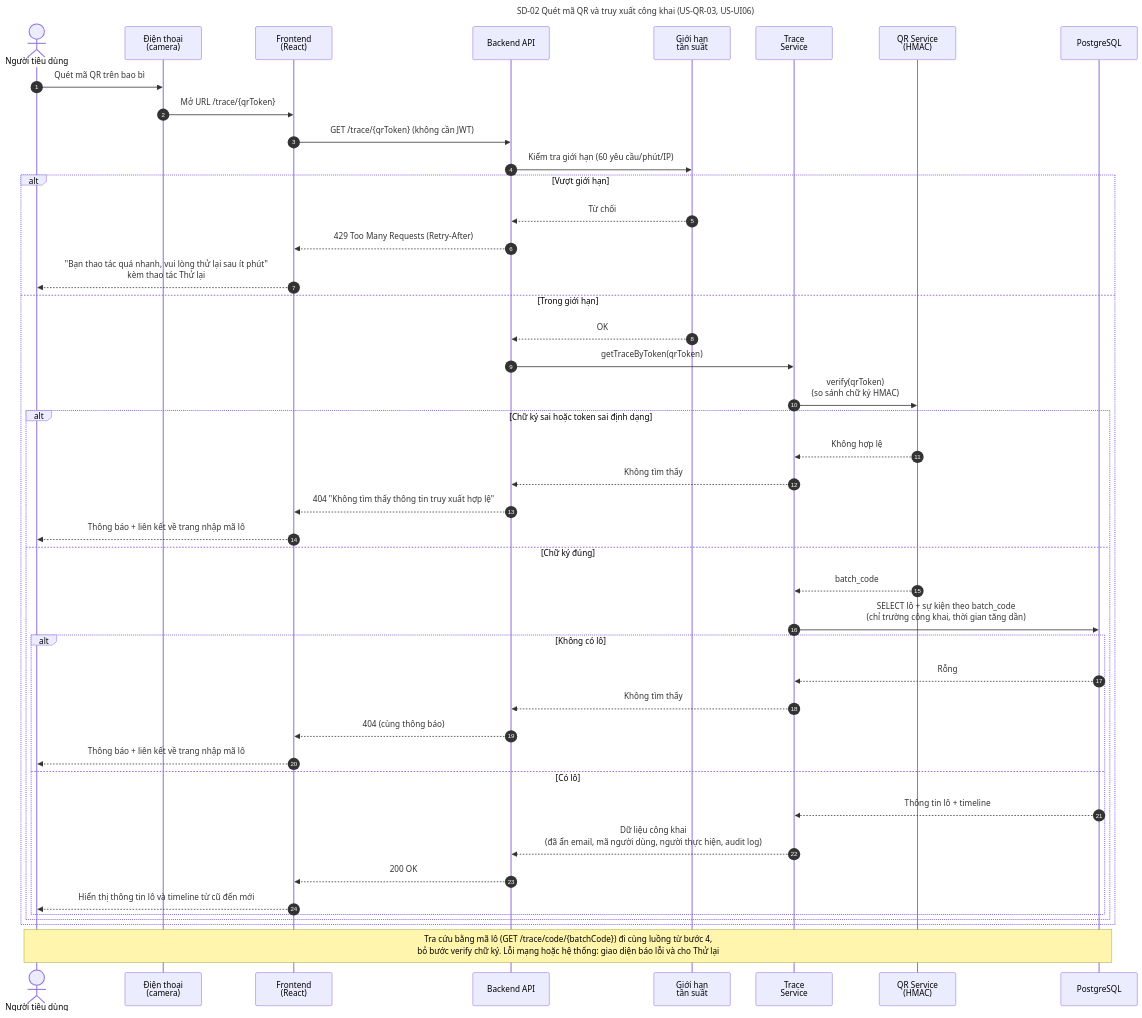
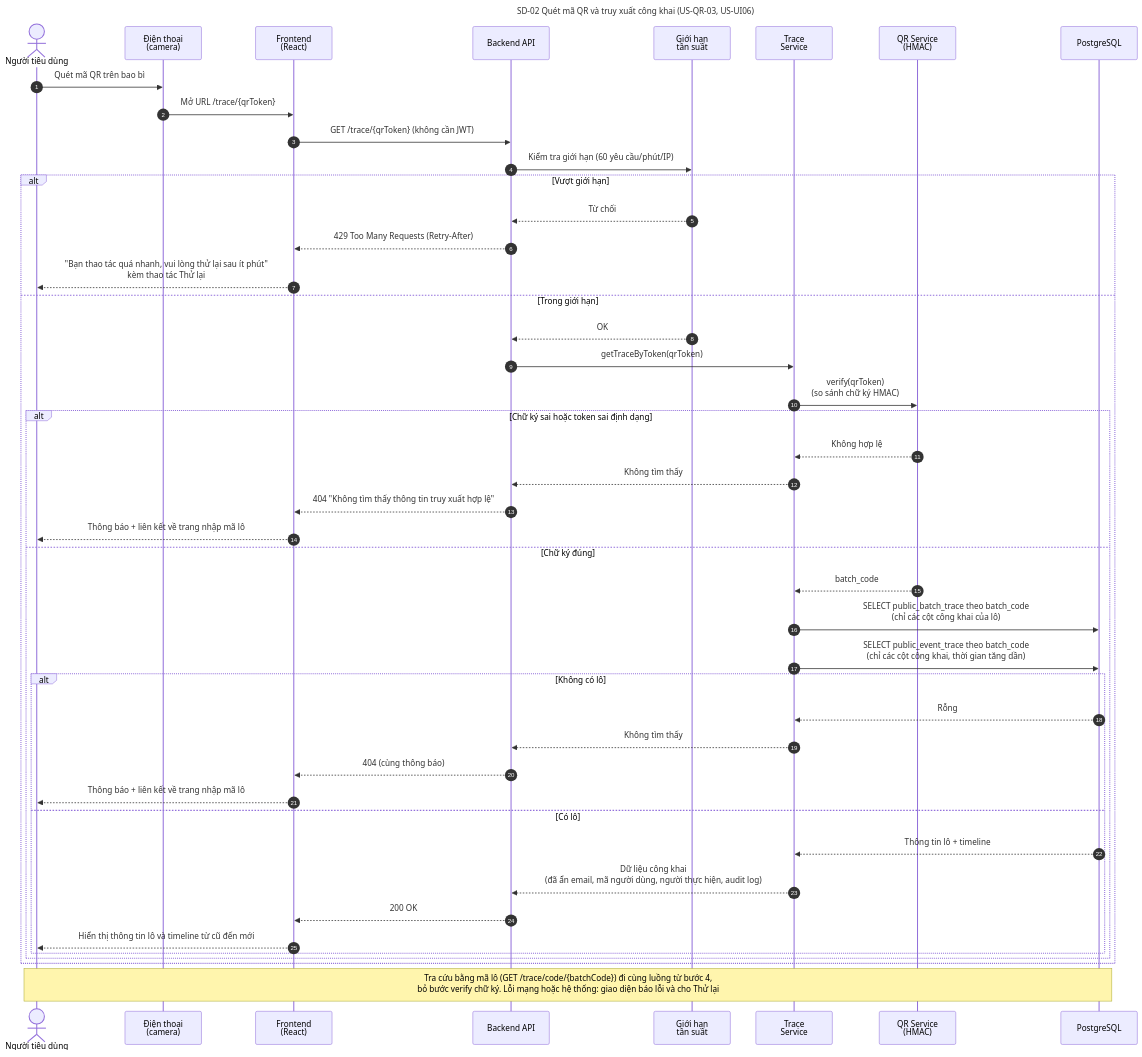
One commit to hbao06/food-supply-chain-traceability-portal changed the diagram in docs/UML/sequence/SD-02-quet-qr.mmd. Above: the diagram before and after it, drawn with Mermaid. The commit also changed 5 other files, not shown here.

Commit message:
docs(test): address W3-TV4 sequence and test plan review

```diff
--- a/docs/UML/sequence/SD-02-quet-qr.mmd
+++ b/docs/UML/sequence/SD-02-quet-qr.mmd
@@ -1,48 +1,49 @@
 ---
 title: SD-02 Quét mã QR và truy xuất công khai (US-QR-03, US-UI06)
 ---
 sequenceDiagram
     autonumber
     actor C as Người tiêu dùng
     participant PH as Điện thoại<br/>(camera)
     participant FE as Frontend<br/>(React)
     participant API as Backend API
     participant RL as Giới hạn<br/>tần suất
     participant TS as Trace<br/>Service
     participant QR as QR Service<br/>(HMAC)
     participant DB as PostgreSQL
 
     C->>PH: Quét mã QR trên bao bì
     PH->>FE: Mở URL /trace/{qrToken}
     FE->>API: GET /trace/{qrToken} (không cần JWT)
     API->>RL: Kiểm tra giới hạn (60 yêu cầu/phút/IP)
     alt Vượt giới hạn
         RL-->>API: Từ chối
         API-->>FE: 429 Too Many Requests (Retry-After)
         FE-->>C: "Bạn thao tác quá nhanh, vui lòng thử lại sau ít phút"<br/>kèm thao tác Thử lại
     else Trong giới hạn
         RL-->>API: OK
         API->>TS: getTraceByToken(qrToken)
         TS->>QR: verify(qrToken)<br/>(so sánh chữ ký HMAC)
         alt Chữ ký sai hoặc token sai định dạng
             QR-->>TS: Không hợp lệ
             TS-->>API: Không tìm thấy
             API-->>FE: 404 "Không tìm thấy thông tin truy xuất hợp lệ"
             FE-->>C: Thông báo + liên kết về trang nhập mã lô
         else Chữ ký đúng
             QR-->>TS: batch_code
-            TS->>DB: SELECT lô + sự kiện theo batch_code<br/>(chỉ trường công khai, thời gian tăng dần)
+            TS->>DB: SELECT public_batch_trace theo batch_code<br/>(chỉ các cột công khai của lô)
+            TS->>DB: SELECT public_event_trace theo batch_code<br/>(chỉ các cột công khai, thời gian tăng dần)
             alt Không có lô
                 DB-->>TS: Rỗng
                 TS-->>API: Không tìm thấy
                 API-->>FE: 404 (cùng thông báo)
                 FE-->>C: Thông báo + liên kết về trang nhập mã lô
             else Có lô
                 DB-->>TS: Thông tin lô + timeline
                 TS-->>API: Dữ liệu công khai<br/>(đã ẩn email, mã người dùng, người thực hiện, audit log)
                 API-->>FE: 200 OK
                 FE-->>C: Hiển thị thông tin lô và timeline từ cũ đến mới
             end
         end
     end
     Note over C,DB: Tra cứu bằng mã lô (GET /trace/code/{batchCode}) đi cùng luồng từ bước 4,<br/>bỏ bước verify chữ ký. Lỗi mạng hoặc hệ thống: giao diện báo lỗi và cho Thử lại
```
